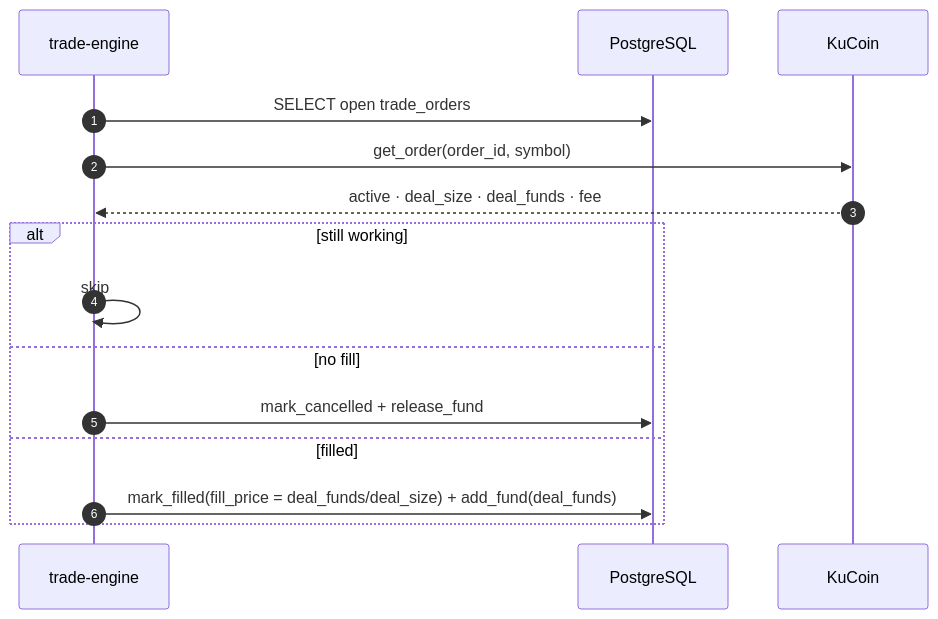
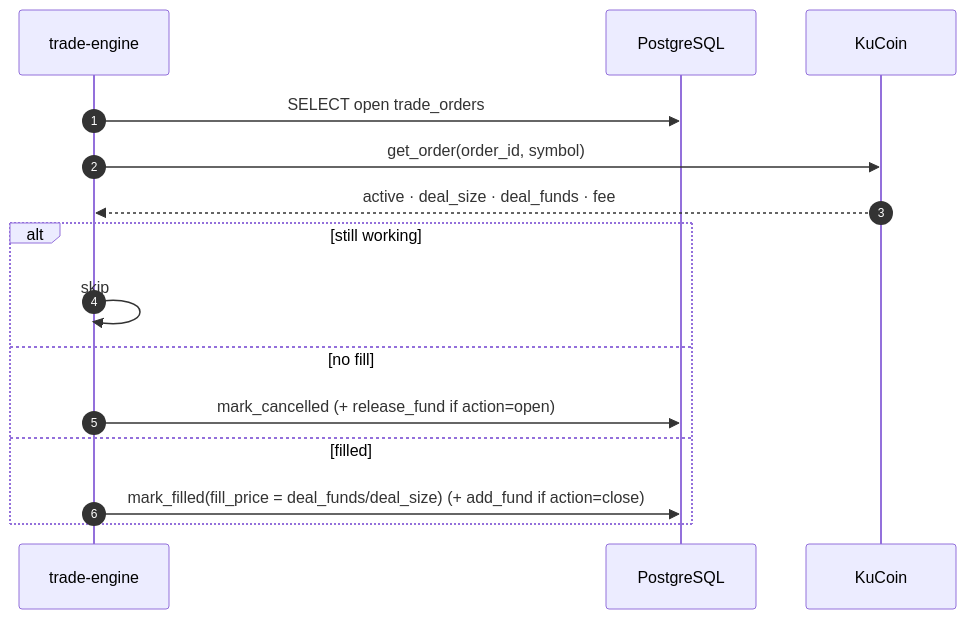
Before and after one commit to N-Choo/CoinBot.v3: the third of 3 diagrams in process/trade-engine/README.md, drawn with Mermaid. The commit also changed other lines of this file and 34 other files, not shown here.

````diff
--- a/process/trade-engine/README.md
+++ b/process/trade-engine/README.md
@@ -62,17 +71,17 @@
 ```mermaid
 sequenceDiagram
     autonumber
     participant TE as trade-engine
     participant DB as PostgreSQL
     participant K as KuCoin
     TE->>DB: SELECT open trade_orders
     TE->>K: get_order(order_id, symbol)
     K-->>TE: active · deal_size · deal_funds · fee
     alt still working
         TE->>TE: skip
     else no fill
-        TE->>DB: mark_cancelled + release_fund
+        TE->>DB: mark_cancelled (+ release_fund if action=open)
     else filled
-        TE->>DB: mark_filled(fill_price = deal_funds/deal_size) + add_fund(deal_funds)
+        TE->>DB: mark_filled(fill_price = deal_funds/deal_size) (+ add_fund if action=close)
     end
 ```
````
